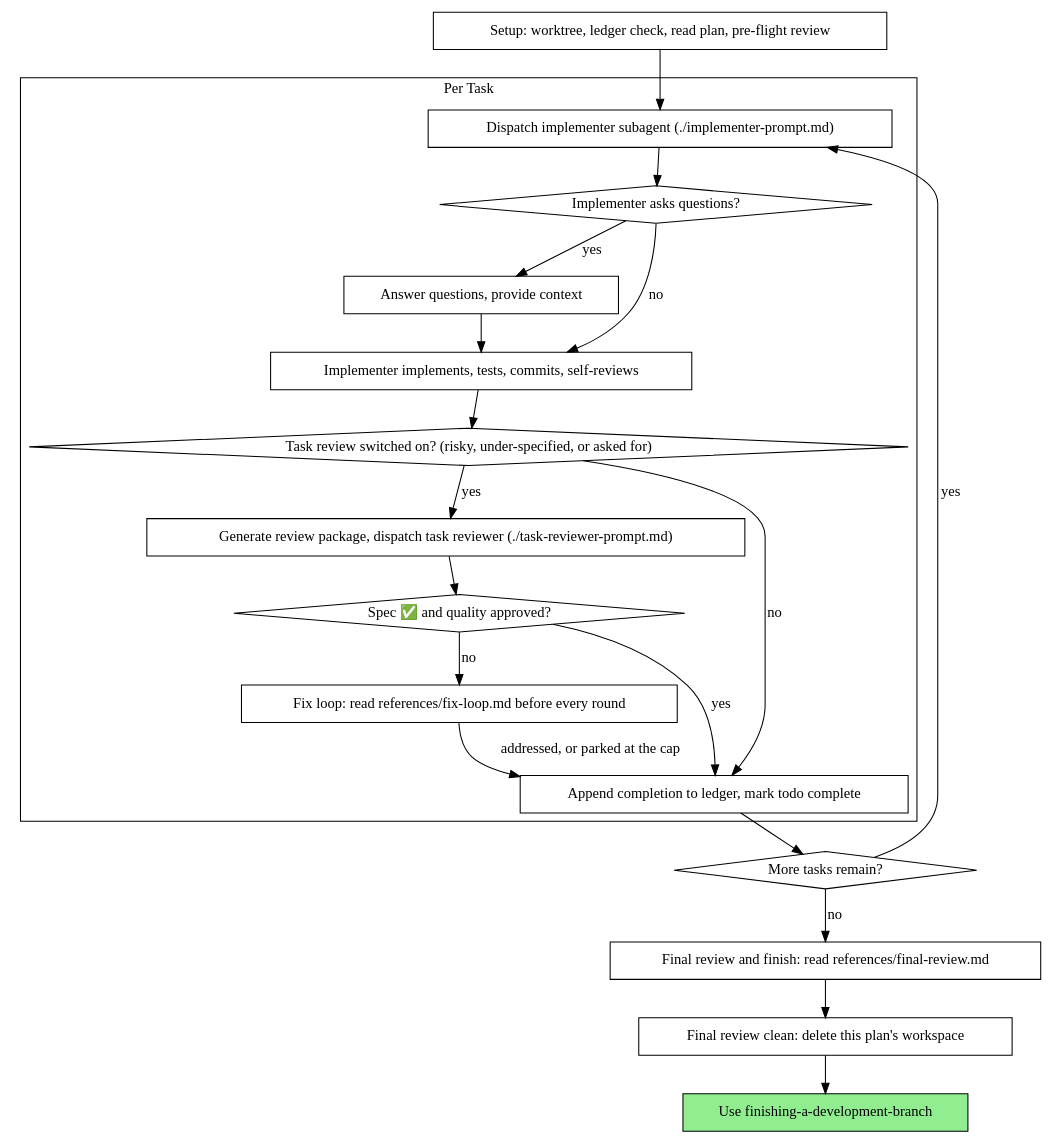
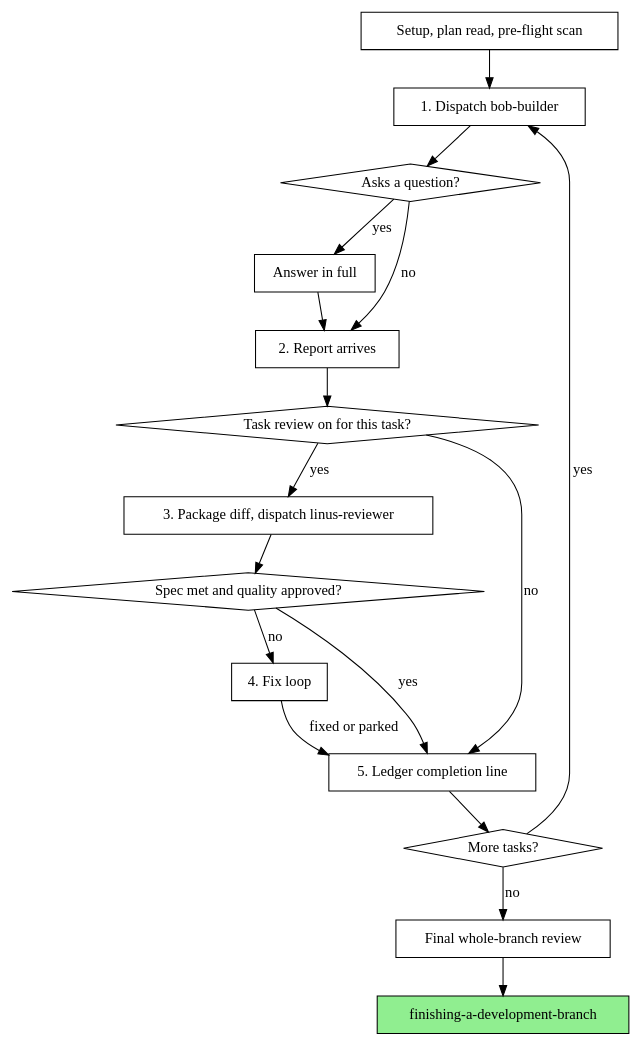
Before and after one commit to Richicinschi/studio-os: the second of 2 diagrams in catalog/skills/subagent-driven-development/SKILL.md, drawn with Graphviz. The commit also changed other lines of this file and 888 other files, not shown here.

````diff
--- a/catalog/skills/subagent-driven-development/SKILL.md
+++ b/catalog/skills/subagent-driven-development/SKILL.md
@@ -70,42 +70,33 @@
 ```dot
-digraph process {
+digraph flow {
     rankdir=TB;
-
-    subgraph cluster_per_task {
-        label="Per Task";
-        "Dispatch implementer subagent (./implementer-prompt.md)" [shape=box];
-        "Implementer asks questions?" [shape=diamond];
-        "Answer questions, provide context" [shape=box];
-        "Implementer implements, tests, commits, self-reviews" [shape=box];
-        "Task review switched on? (risky, under-specified, or asked for)" [shape=diamond];
-        "Generate review package, dispatch task reviewer (./task-reviewer-prompt.md)" [shape=box];
-        "Spec ✅ and quality approved?" [shape=diamond];
-        "Fix loop: read references/fix-loop.md before every round" [shape=box];
-        "Append completion to ledger, mark todo complete" [shape=box];
-    }
-
-    "Setup: worktree, ledger check, read plan, pre-flight review" [shape=box];
-    "More tasks remain?" [shape=diamond];
-    "Final review and finish: read references/final-review.md" [shape=box];
-    "Final review clean: delete this plan's workspace" [shape=box];
-    "Use finishing-a-development-branch" [shape=box style=filled fillcolor=lightgreen];
-
-    "Setup: worktree, ledger check, read plan, pre-flight review" -> "Dispatch implementer subagent (./implementer-prompt.md)";
-    "Dispatch implementer subagent (./implementer-prompt.md)" -> "Implementer asks questions?";
-    "Implementer asks questions?" -> "Answer questions, provide context" [label="yes"];
-    "Answer questions, provide context" -> "Implementer implements, tests, commits, self-reviews";
-    "Implementer asks questions?" -> "Implementer implements, tests, commits, self-reviews" [label="no"];
-    "Implementer implements, tests, commits, self-reviews" -> "Task review switched on? (risky, under-specified, or asked for)";
-    "Task review switched on? (risky, under-specified, or asked for)" -> "Generate review package, dispatch task reviewer (./task-reviewer-prompt.md)" [label="yes"];
-    "Task review switched on? (risky, under-specified, or asked for)" -> "Append completion to ledger, mark todo complete" [label="no"];
-    "Generate review package, dispatch task reviewer (./task-reviewer-prompt.md)" -> "Spec ✅ and quality approved?";
-    "Spec ✅ and quality approved?" -> "Append completion to ledger, mark todo complete" [label="yes"];
-    "Spec ✅ and quality approved?" -> "Fix loop: read references/fix-loop.md before every round" [label="no"];
-    "Fix loop: read references/fix-loop.md before every round" -> "Append completion to ledger, mark todo complete" [label="addressed, or parked at the cap"];
-    "Append completion to ledger, mark todo complete" -> "More tasks remain?";
-    "More tasks remain?" -> "Dispatch implementer subagent (./implementer-prompt.md)" [label="yes"];
-    "More tasks remain?" -> "Final review and finish: read references/final-review.md" [label="no"];
-    "Final review and finish: read references/final-review.md" -> "Final review clean: delete this plan's workspace";
-    "Final review clean: delete this plan's workspace" -> "Use finishing-a-development-branch";
+    s0 [label="Setup, plan read, pre-flight scan", shape=box];
+    s1 [label="1. Dispatch bob-builder", shape=box];
+    q [label="Asks a question?", shape=diamond];
+    a [label="Answer in full", shape=box];
+    s2 [label="2. Report arrives", shape=box];
+    g [label="Task review on for this task?", shape=diamond];
+    s3 [label="3. Package diff, dispatch linus-reviewer", shape=box];
+    ok [label="Spec met and quality approved?", shape=diamond];
+    s4 [label="4. Fix loop", shape=box];
+    s5 [label="5. Ledger completion line", shape=box];
+    m [label="More tasks?", shape=diamond];
+    fin [label="Final whole-branch review", shape=box];
+    end [label="finishing-a-development-branch", shape=box, style=filled, fillcolor=lightgreen];
+    s0 -> s1 -> q;
+    q -> a [label="yes"];
+    a -> s2;
+    q -> s2 [label="no"];
+    s2 -> g;
+    g -> s3 [label="yes"];
+    g -> s5 [label="no"];
+    s3 -> ok;
+    ok -> s5 [label="yes"];
+    ok -> s4 [label="no"];
+    s4 -> s5 [label="fixed or parked"];
+    s5 -> m;
+    m -> s1 [label="yes"];
+    m -> fin [label="no"];
+    fin -> end;
 }
 ```
````
